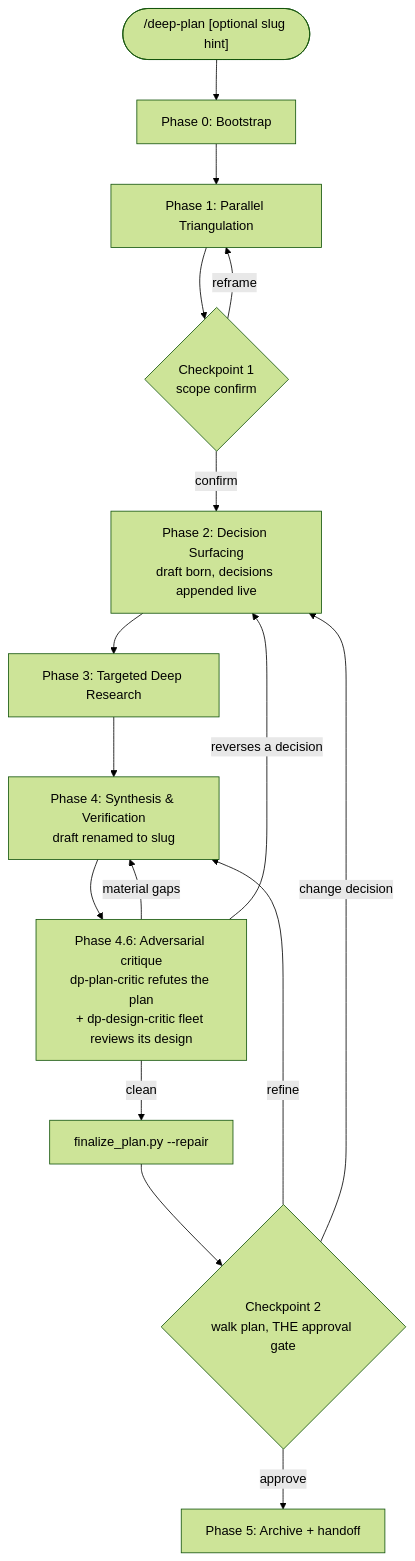
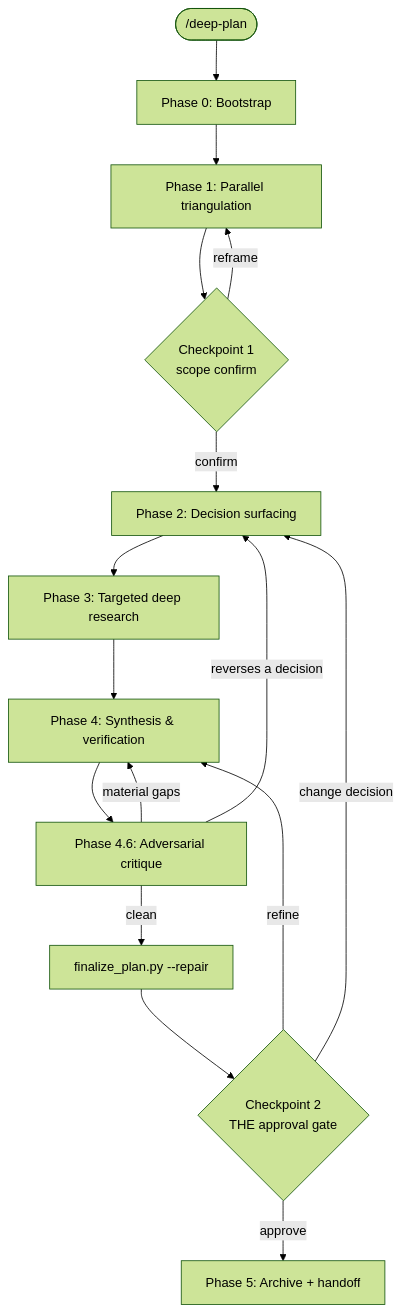
The diagram in skills/deep-plan/SKILL.md (Tsadoq/claude-better-plan), drawn with Mermaid (forest theme) before and after one commit. The commit also changed other lines of this file and 20 other files, not shown here.

````diff
--- a/skills/deep-plan/SKILL.md
+++ b/skills/deep-plan/SKILL.md
@@ -91,18 +105,18 @@
 ```mermaid
 flowchart TD
-    Start(["/deep-plan [optional slug hint]"]) --> P0
-    P0[Phase 0: Bootstrap] --> P1[Phase 1: Parallel Triangulation]
+    Start(["/deep-plan"]) --> P0[Phase 0: Bootstrap]
+    P0 --> P1[Phase 1: Parallel triangulation]
     P1 --> CP1{Checkpoint 1<br/>scope confirm}
     CP1 -->|reframe| P1
-    CP1 -->|confirm| P2[Phase 2: Decision Surfacing<br/>draft born, decisions appended live]
-    P2 --> P3[Phase 3: Targeted Deep Research]
-    P3 --> P4[Phase 4: Synthesis & Verification<br/>draft renamed to slug]
-    P4 --> P45[Phase 4.6: Adversarial critique<br/>dp-plan-critic refutes the plan<br/>+ dp-design-critic fleet reviews its design]
+    CP1 -->|confirm| P2[Phase 2: Decision surfacing]
+    P2 --> P3[Phase 3: Targeted deep research]
+    P3 --> P4[Phase 4: Synthesis & verification]
+    P4 --> P45[Phase 4.6: Adversarial critique]
     P45 -->|material gaps| P4
     P45 -->|reverses a decision| P2
     P45 -->|clean| REP["finalize_plan.py --repair"]
-    REP --> CP2{Checkpoint 2<br/>walk plan, THE approval gate}
+    REP --> CP2{Checkpoint 2<br/>THE approval gate}
     CP2 -->|refine| P4
     CP2 -->|change decision| P2
     CP2 -->|approve| P5[Phase 5: Archive + handoff]
 ```
````
